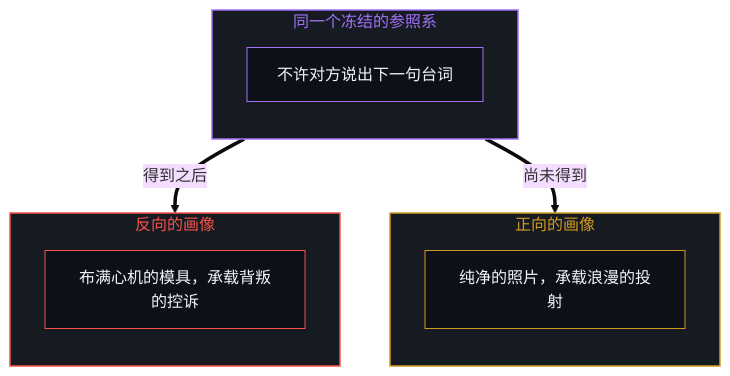
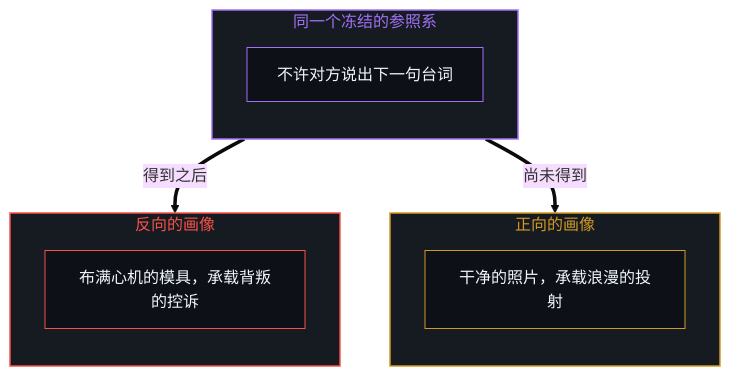
One commit to powerpig99/not-a-toe changed the first of 2 diagrams in content/posts/you-tiao-jian-de-zi-you.md. Above: the diagram before and after it, drawn with Mermaid (base theme). The commit also changed other lines of this file and 19 other files, not shown here.

````diff
--- a/content/posts/you-tiao-jian-de-zi-you.md
+++ b/content/posts/you-tiao-jian-de-zi-you.md
@@ -52,23 +41,23 @@
 ```mermaid
 flowchart TD
     subgraph S_Frame["同一个冻结的参照系"]
         direction TB
         F1["不许对方说出下一句台词"]
     end
     subgraph S_Pos["正向的画像"]
         direction TB
-        P1["纯净的照片，承载浪漫的投射"]
+        P1["干净的照片，承载浪漫的投射"]
     end
     subgraph S_Neg["反向的画像"]
         direction TB
         N1["布满心机的模具，承载背叛的控诉"]
     end
     F1 ==>|"尚未得到"| P1
     F1 ==>|"得到之后"| N1
     style S_Frame fill:#161b22,stroke:#a371f7,stroke-width:1.5px,color:#a371f7
     style S_Pos fill:#161b22,stroke:#d29922,stroke-width:1.5px,color:#d29922
     style S_Neg fill:#161b22,stroke:#f85149,stroke-width:1.5px,color:#f85149
     style F1 fill:#0d1117,stroke:#a371f7,stroke-width:1px,color:#f0f6fc
     style P1 fill:#0d1117,stroke:#d29922,stroke-width:1px,color:#f0f6fc
     style N1 fill:#0d1117,stroke:#f85149,stroke-width:1px,color:#f0f6fc
 ```
````
